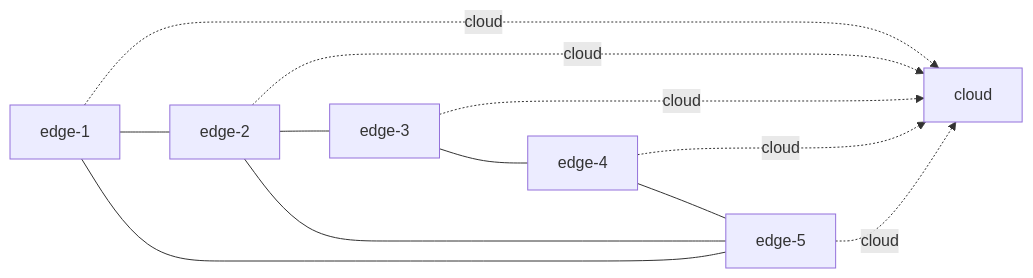
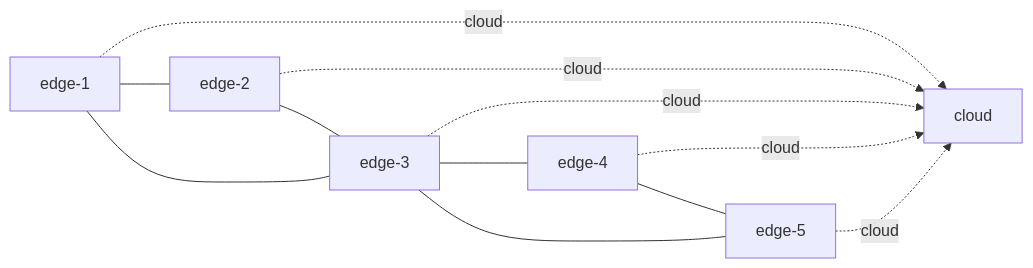
Before and after one commit to Nanofaas/nanofaas: the diagram in docs/superpowers/specs/2026-10-10-one-shot-heterogeneous-multipass-design.md, drawn with Mermaid. The commit also changed other lines of this file and 3 other files, not shown here.

````diff
--- a/docs/superpowers/specs/2026-10-10-one-shot-heterogeneous-multipass-design.md
+++ b/docs/superpowers/specs/2026-10-10-one-shot-heterogeneous-multipass-design.md
@@ -38,14 +41,14 @@
 ```mermaid
 graph LR
   E1[edge-1] --- E2[edge-2]
   E2 --- E3[edge-3]
   E3 --- E4[edge-4]
   E4 --- E5[edge-5]
-  E5 --- E1
-  E2 --- E5
+  E3 --- E1
+  E5 --- E3
   E1 -. cloud .-> C[cloud]
   E2 -. cloud .-> C
   E3 -. cloud .-> C
   E4 -. cloud .-> C
   E5 -. cloud .-> C
 ```
````
